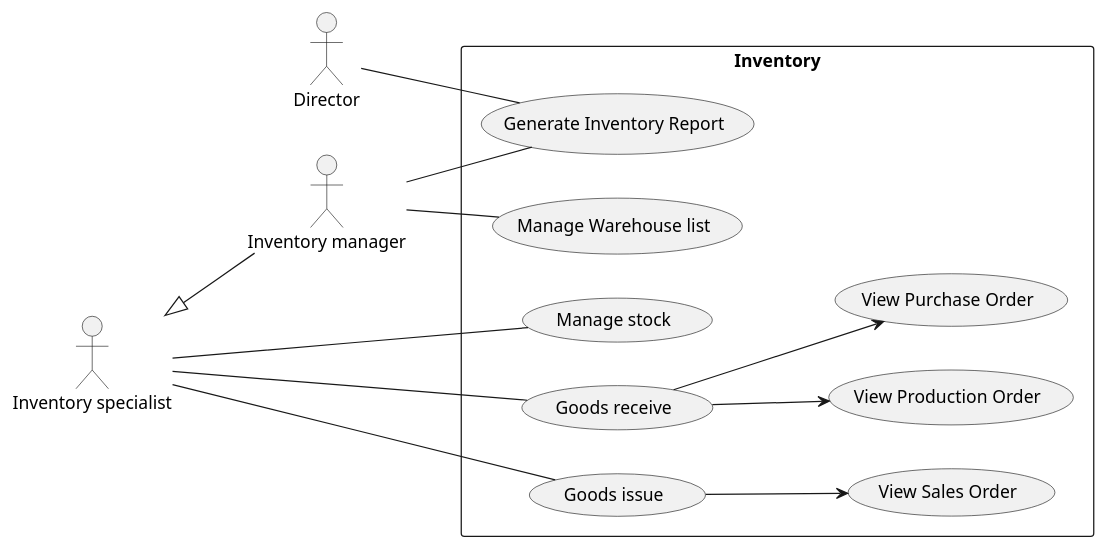
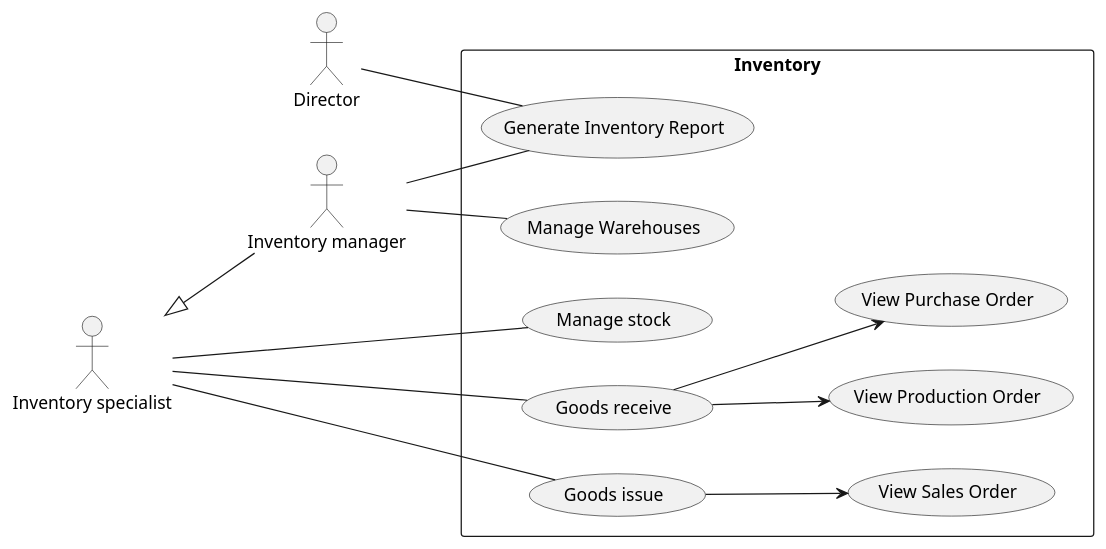
One commit to phihungha/scmss-reqs changed the diagram in use-cases/inventory.plantuml. Above: the diagram before and after it, drawn with PlantUML. The commit also changed 11 other files, not shown here.

```diff
--- a/use-cases/inventory.plantuml
+++ b/use-cases/inventory.plantuml
@@ -1,24 +1,24 @@
 @startuml Inventory
 left to right direction
 
 :Director: as d
 
 :Inventory manager: as im
 :Inventory specialist: as is
 is <|-- im
 
 rectangle Inventory {
     is -- (Manage stock)
 
     is -- (Goods receive)
     (Goods receive) --> (View Purchase Order)
     (Goods receive) --> (View Production Order)
 
     is -- (Goods issue)
     (Goods issue) --> (View Sales Order)
 
-    im -- (Manage Warehouse list)
+    im -- (Manage Warehouses)
     im -- (Generate Inventory Report)
     d -- (Generate Inventory Report)
 }
 @enduml
```
